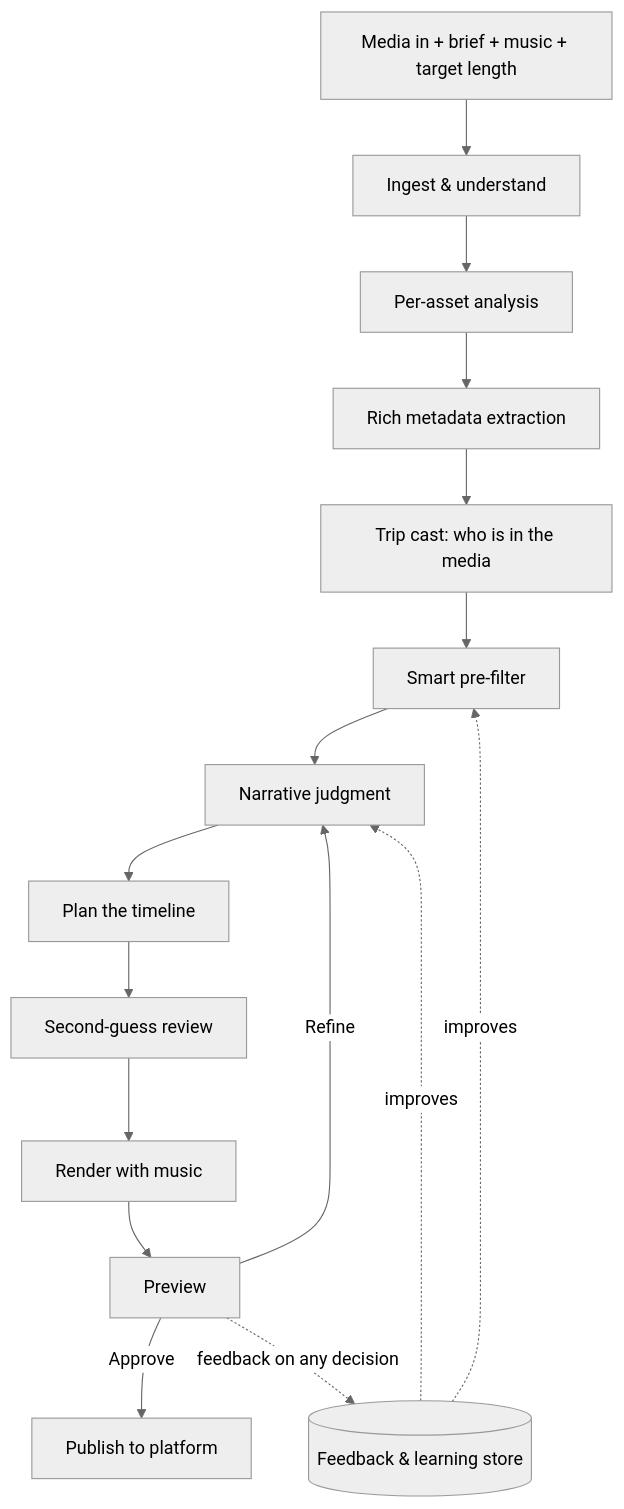
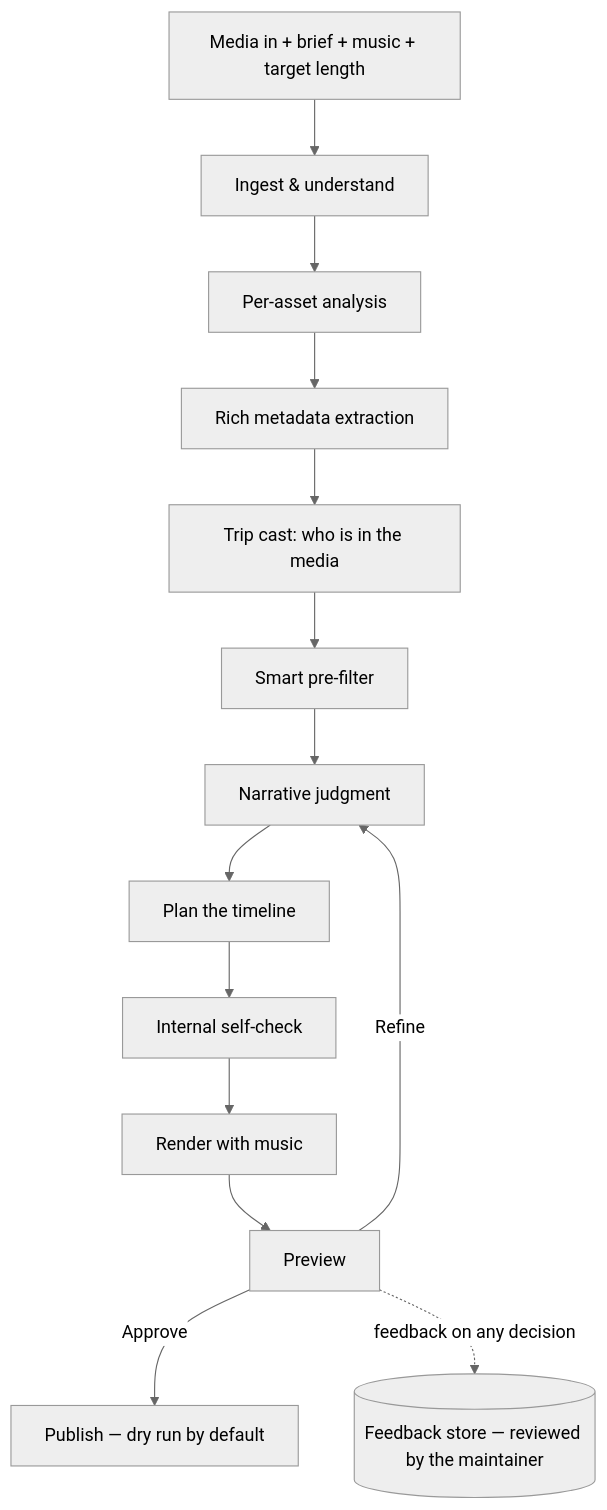
Before and after one commit to khoks/impact-crater: the first of 5 diagrams in docs/OVERVIEW.md, drawn with Mermaid (neutral theme). The commit also changed other lines of this file and 19 other files, not shown here.

````diff
--- a/docs/OVERVIEW.md
+++ b/docs/OVERVIEW.md
@@ -131,18 +148,16 @@
 ```mermaid
 flowchart TD
     A[Media in + brief + music + target length] --> B[Ingest & understand]
     B --> C[Per-asset analysis]
     C --> D[Rich metadata extraction]
     D --> E[Trip cast: who is in the media]
     E --> F[Smart pre-filter]
     F --> G[Narrative judgment]
     G --> H[Plan the timeline]
-    H --> I[Second-guess review]
+    H --> I[Internal self-check]
     I --> J[Render with music]
     J --> K[Preview]
-    K -->|Approve| L[Publish to platform]
+    K -->|Approve| L[Publish — dry run by default]
     K -->|Refine| G
-    K -. feedback on any decision .-> M[(Feedback & learning store)]
-    M -. improves .-> F
-    M -. improves .-> G
+    K -. feedback on any decision .-> M[(Feedback store — reviewed by the maintainer)]
 ```
````
